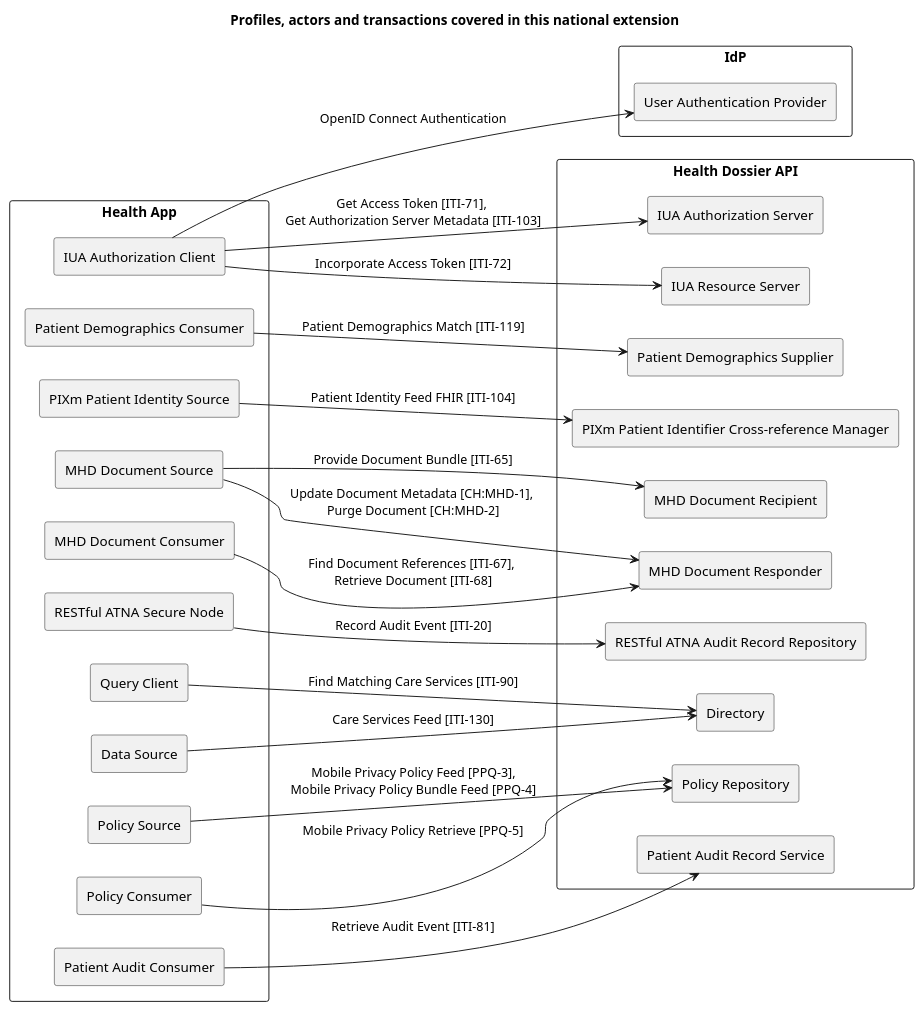
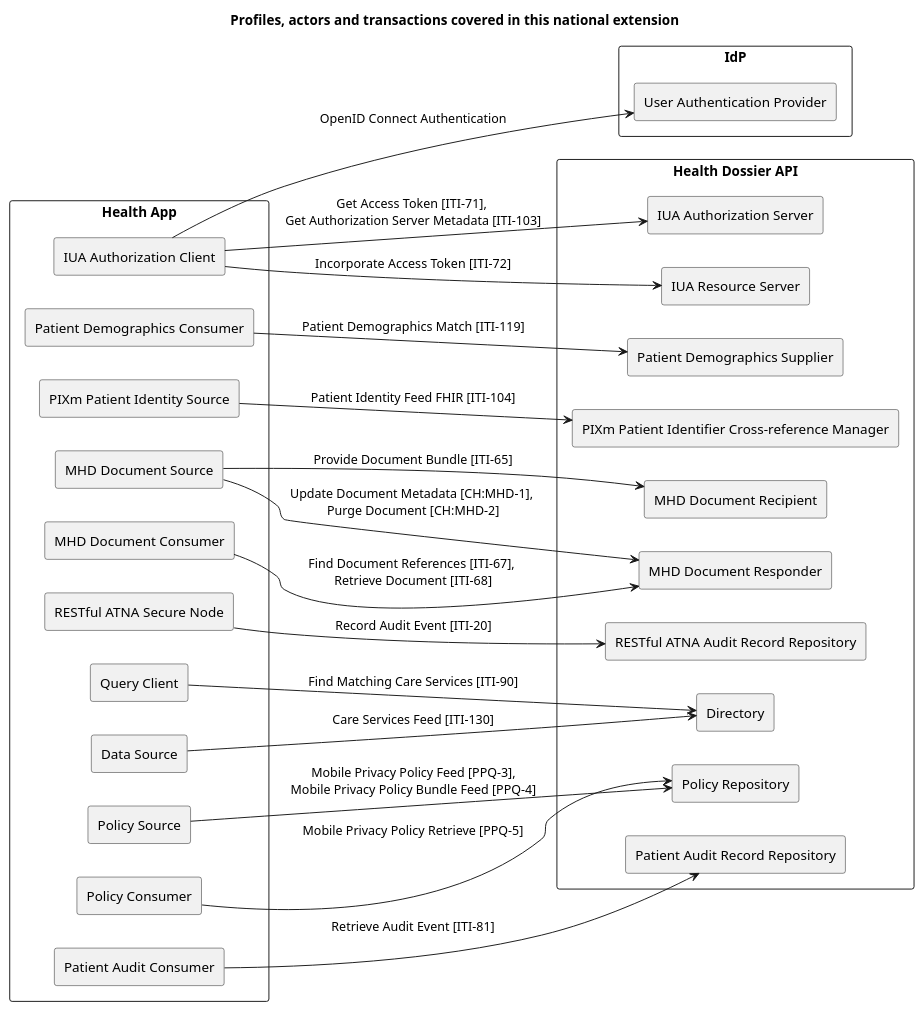
Before and after one commit to ehealthsuisse/ch-health-dossier: the diagram in input/images-source/overview.plantuml, drawn with PlantUML. The commit also changed 28 other files, not shown here.

```diff
--- a/input/images-source/overview.plantuml
+++ b/input/images-source/overview.plantuml
@@ -1,72 +1,72 @@
 @startuml
 
 title **Profiles, actors and transactions covered in this national extension**
 
 skinparam componentStyle rectangle
 skinparam svgDimensionStyle false
 
 left to right direction
 
 component "Health App" {
   [IUA Authorization Client] as IUAClient
 
   [Patient Demographics Consumer] as PDQmConsumer
 
   [PIXm Patient Identity Source] as PIXmSource
 
   [MHD Document Source] as MHDSource
   [MHD Document Consumer] as MHDConsumer
 
   [RESTful ATNA Secure Node] as ATNANode
 
   [Query Client] as mCSDQueryClient
   [Data Source] as mCSDDataSource
 
   [Policy Source] as PPQmPolicySource
   [Policy Consumer] as PPQmPolicyConsumer
 
   [Patient Audit Consumer] as ATCPatientAuditConsumer
 }
 
 component "IdP" {
   [User Authentication Provider] as UAProvider
   IUAClient --> UAProvider : OpenID Connect Authentication
 }
 
 component "Health Dossier API" {
   [IUA Authorization Server] as IUAAuthServer
   IUAClient -> IUAAuthServer : Get Access Token [ITI-71], \nGet Authorization Server Metadata [ITI-103]
   [IUA Resource Server] as IUAResourceServer
   IUAClient --> IUAResourceServer : Incorporate Access Token [ITI-72]
 
   [Patient Demographics Supplier] as PDQmSupplier
   PDQmConsumer --> PDQmSupplier : Patient Demographics Match [ITI-119]
 
   [PIXm Patient Identifier Cross-reference Manager] as PIXmManager
   PIXmSource --> PIXmManager : Patient Identity Feed FHIR [ITI-104]
 
   [MHD Document Recipient] as MHDRecipient
   [MHD Document Responder] as MHDResponder
   MHDSource --> MHDRecipient : Provide Document Bundle [ITI-65]
 
   MHDSource --> MHDResponder : Update Document Metadata [CH:MHD-1], \nPurge Document [CH:MHD-2]
 
   MHDConsumer --> MHDResponder : Find Document References [ITI-67], \nRetrieve Document [ITI-68]
 
   [RESTful ATNA Audit Record Repository] as ATNARepository
   ATNANode --> ATNARepository : Record Audit Event [ITI-20]
 
   [Directory] as mCSDDirectory
   mCSDQueryClient --> mCSDDirectory : Find Matching Care Services [ITI-90]
   mCSDDataSource --> mCSDDirectory : Care Services Feed [ITI-130]
 
   [Policy Repository] as PPQmPolicyRepository
   PPQmPolicySource --> PPQmPolicyRepository : Mobile Privacy Policy Feed [PPQ-3],\nMobile Privacy Policy Bundle Feed [PPQ-4]
   PPQmPolicyConsumer --> PPQmPolicyRepository : Mobile Privacy Policy Retrieve [PPQ-5]
 
-  [Patient Audit Record Service] as ATCPatientAuditRecordService
-  ATCPatientAuditConsumer --> ATCPatientAuditRecordService : Retrieve Audit Event [ITI-81]	
+  [Patient Audit Record Repository] as ATCPatientAuditRecordRepository
+  ATCPatientAuditConsumer --> ATCPatientAuditRecordRepository : Retrieve Audit Event [ITI-81]	
 }
 
 
 @enduml
```
